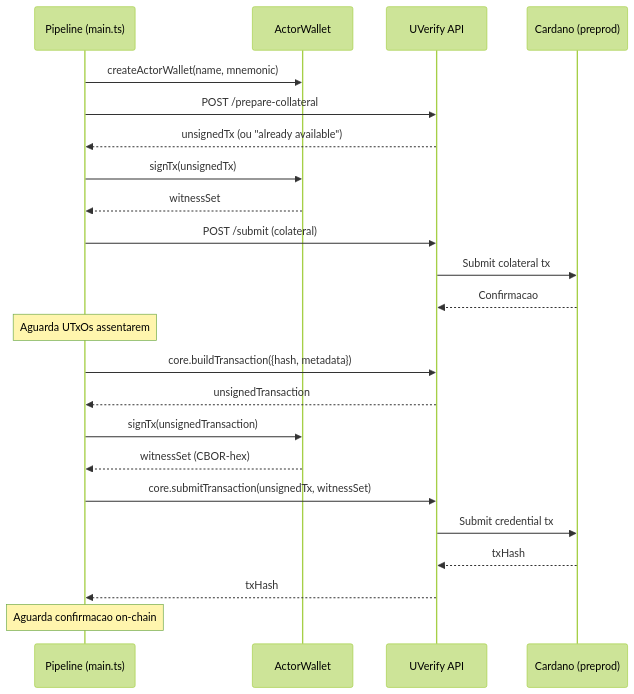
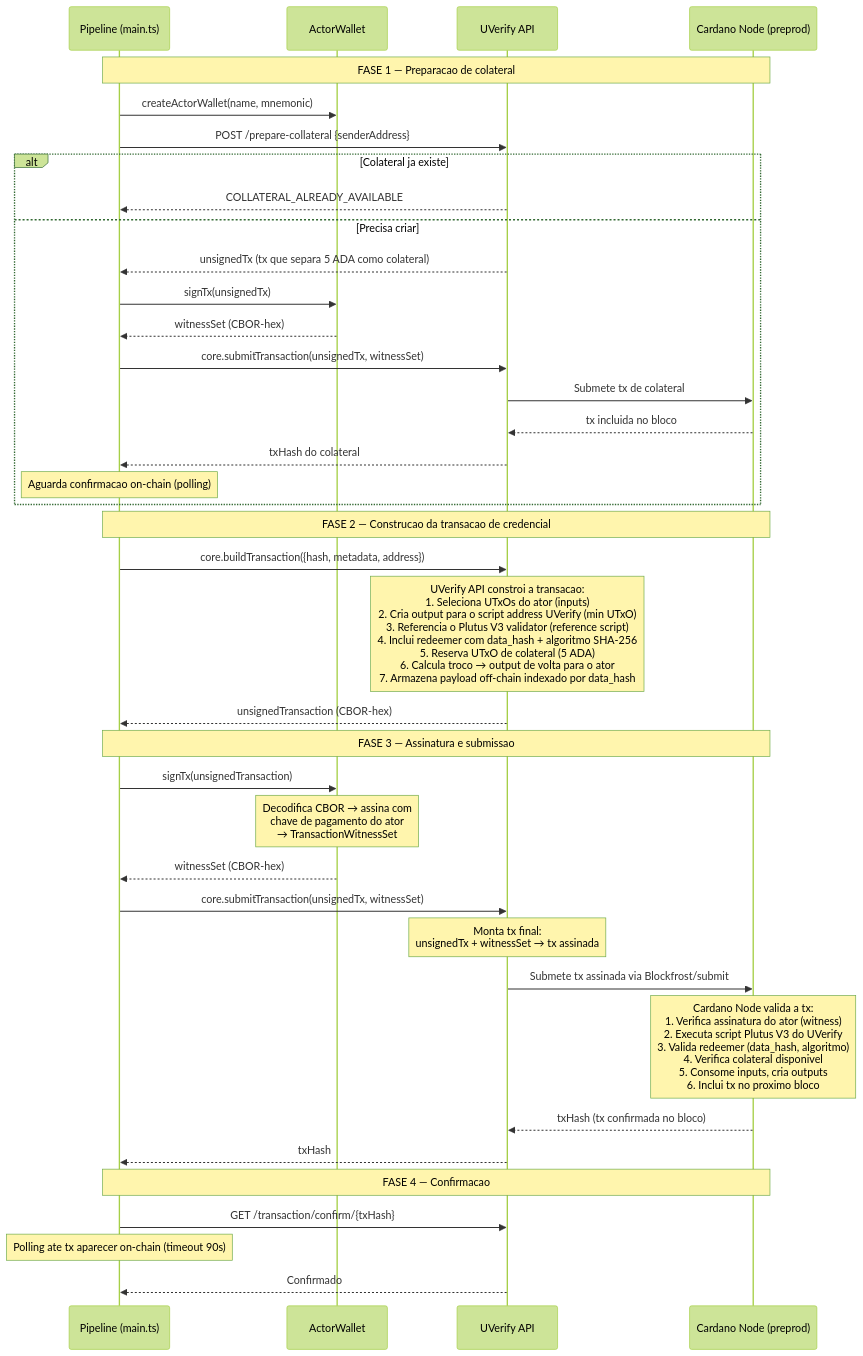
One commit to darlisagc/cardano-dpp-passaport changed the second of 6 diagrams in arquitetura-dpp.md. Above: the diagram before and after it, drawn with Mermaid (forest theme).

Commit message:
Expand UVerify emission diagram with on-chain details
Add detailed notes showing what happens at each stage: how UVerify API
constructs the transaction (UTxO selection, script address output,
Plutus V3 reference script, redeemer, collateral, change output,
off-chain payload storage), how the actor wallet signs, and how the
Cardano node validates (witness verification, Plutus V3 script
execution, redeemer validation, block inclusion).

````diff
--- a/arquitetura-dpp.md
+++ b/arquitetura-dpp.md
@@ -125,29 +125,53 @@
 ```mermaid
 sequenceDiagram
     participant P as Pipeline (main.ts)
     participant W as ActorWallet
     participant U as UVerify API
-    participant C as Cardano (preprod)
+    participant C as Cardano Node (preprod)
+
+    Note over P,C: FASE 1 — Preparacao de colateral
 
     P->>W: createActorWallet(name, mnemonic)
-    P->>U: POST /prepare-collateral
-    U-->>P: unsignedTx (ou "already available")
-    P->>W: signTx(unsignedTx)
-    W-->>P: witnessSet
-    P->>U: POST /submit (colateral)
-    U->>C: Submit colateral tx
-    C-->>U: Confirmacao
+    P->>U: POST /prepare-collateral {senderAddress}
+    alt Colateral ja existe
+        U-->>P: COLLATERAL_ALREADY_AVAILABLE
+    else Precisa criar
+        U-->>P: unsignedTx (tx que separa 5 ADA como colateral)
+        P->>W: signTx(unsignedTx)
+        W-->>P: witnessSet (CBOR-hex)
+        P->>U: core.submitTransaction(unsignedTx, witnessSet)
+        U->>C: Submete tx de colateral
+        C-->>U: tx incluida no bloco
+        U-->>P: txHash do colateral
+        Note over P: Aguarda confirmacao on-chain (polling)
+    end
 
-    Note over P: Aguarda UTxOs assentarem
+    Note over P,C: FASE 2 — Construcao da transacao de credencial
 
-    P->>U: core.buildTransaction({hash, metadata})
-    U-->>P: unsignedTransaction
+    P->>U: core.buildTransaction({hash, metadata, address})
+
+    Note over U: UVerify API constroi a transacao:<br/>1. Seleciona UTxOs do ator (inputs)<br/>2. Cria output para o script address UVerify (min UTxO)<br/>3. Referencia o Plutus V3 validator (reference script)<br/>4. Inclui redeemer com data_hash + algoritmo SHA-256<br/>5. Reserva UTxO de colateral (5 ADA)<br/>6. Calcula troco → output de volta para o ator<br/>7. Armazena payload off-chain indexado por data_hash
+
+    U-->>P: unsignedTransaction (CBOR-hex)
+
+    Note over P,C: FASE 3 — Assinatura e submissao
+
     P->>W: signTx(unsignedTransaction)
+    Note over W: Decodifica CBOR → assina com<br/>chave de pagamento do ator<br/>→ TransactionWitnessSet
     W-->>P: witnessSet (CBOR-hex)
+
     P->>U: core.submitTransaction(unsignedTx, witnessSet)
-    U->>C: Submit credential tx
-    C-->>U: txHash
+    Note over U: Monta tx final:<br/>unsignedTx + witnessSet → tx assinada
+
+    U->>C: Submete tx assinada via Blockfrost/submit
+    Note over C: Cardano Node valida a tx:<br/>1. Verifica assinatura do ator (witness)<br/>2. Executa script Plutus V3 do UVerify<br/>3. Valida redeemer (data_hash, algoritmo)<br/>4. Verifica colateral disponivel<br/>5. Consome inputs, cria outputs<br/>6. Inclui tx no proximo bloco
+
+    C-->>U: txHash (tx confirmada no bloco)
     U-->>P: txHash
 
-    Note over P: Aguarda confirmacao on-chain
+    Note over P,C: FASE 4 — Confirmacao
+
+    P->>U: GET /transaction/confirm/{txHash}
+    Note over P: Polling ate tx aparecer on-chain (timeout 90s)
+    U-->>P: Confirmado
 ```
````
